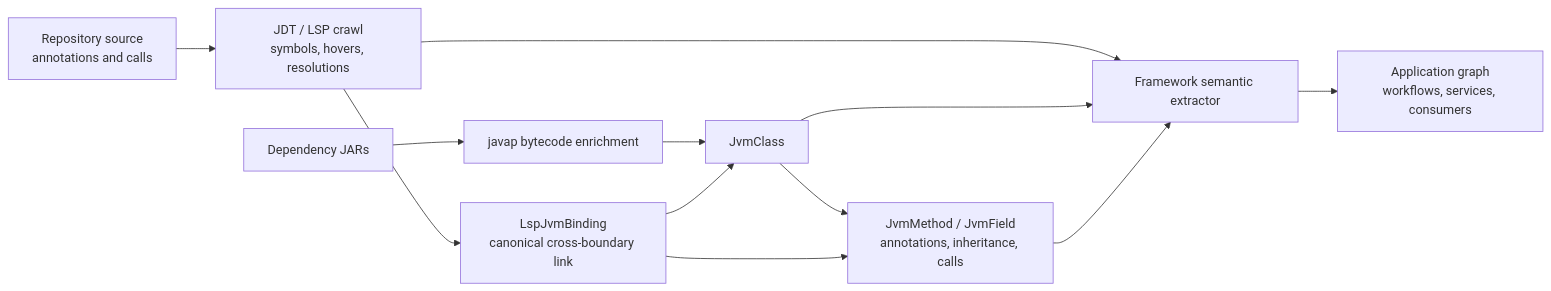
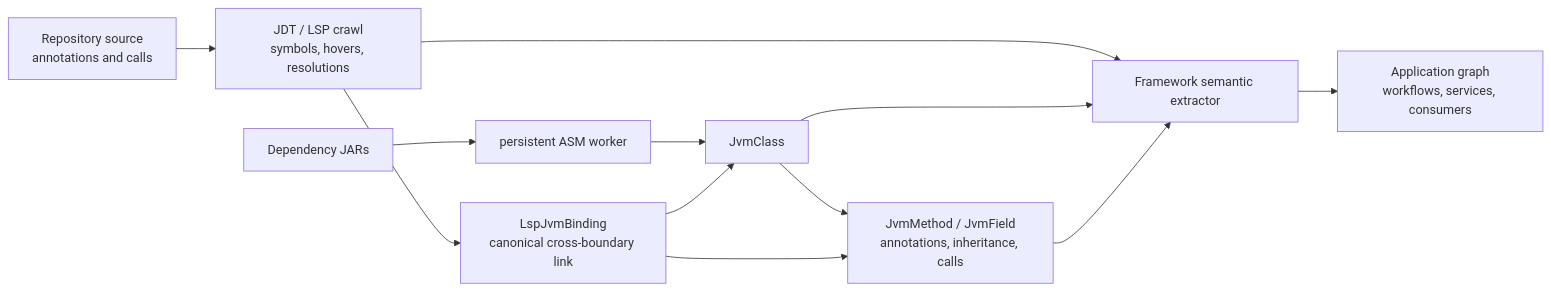
Before and after one commit to excitedlybored/lsp_link: the diagram in indexer/README.md, drawn with Mermaid. The commit also changed other lines of this file and 28 other files, not shown here.

Commit message:
feat: replace javap enrichment with persistent ASM worker

````diff
--- a/indexer/README.md
+++ b/indexer/README.md
@@ -242,13 +242,13 @@
 ```mermaid
 flowchart LR
   S["Repository source\nannotations and calls"] --> L["JDT / LSP crawl\nsymbols, hovers, resolutions"]
   L --> B["LspJvmBinding\ncanonical cross-boundary link"]
-  J["Dependency JARs"] --> V["javap bytecode enrichment"]
+  J["Dependency JARs"] --> V["persistent ASM worker"]
   V --> C["JvmClass"] --> M["JvmMethod / JvmField\nannotations, inheritance, calls"]
   B --> C
   B --> M
   L --> F["Framework semantic extractor"]
   C --> F
   M --> F
   F --> G["Application graph\nworkflows, services, consumers"]
 ```
````
